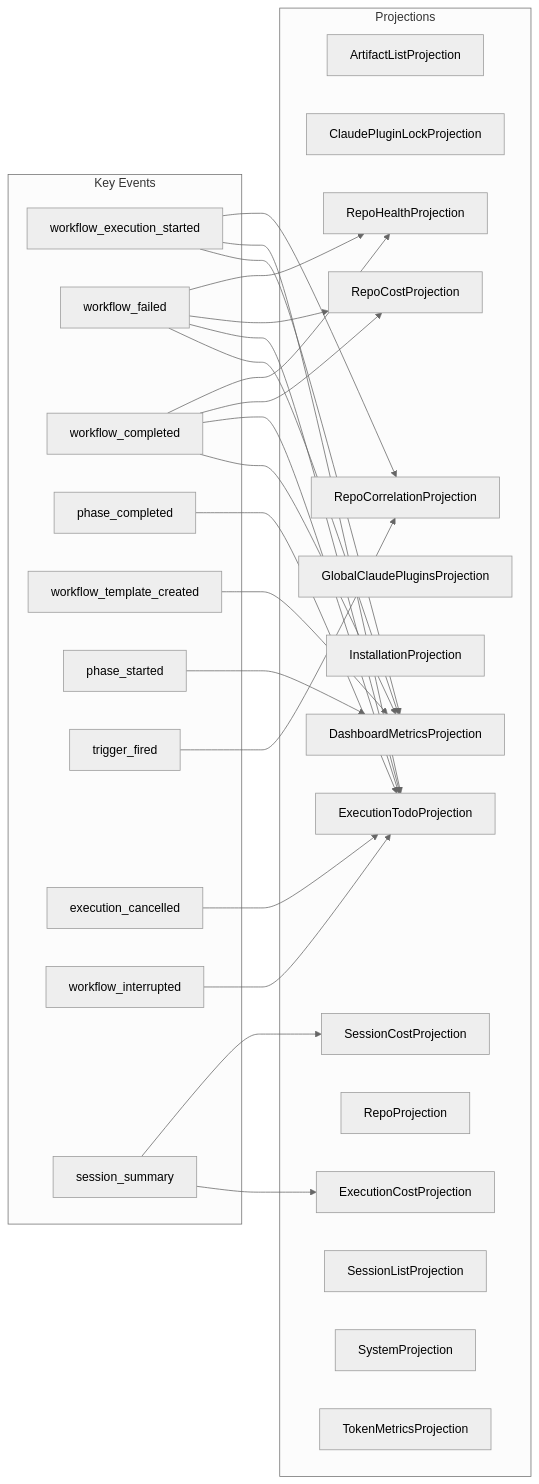
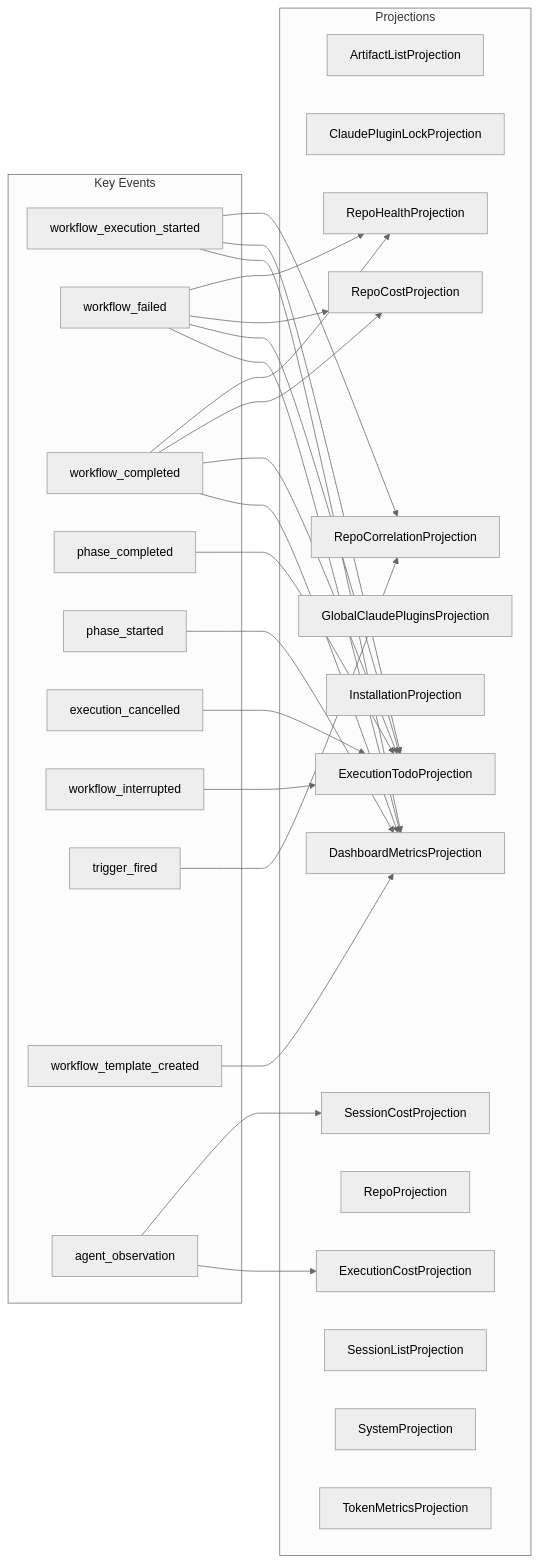
One commit to syntropic137/syntropic137 changed the diagram in docs/architecture/projection-subscriptions.md. Above: the diagram before and after it, drawn with Mermaid (neutral theme). The commit also changed other lines of this file and 1 other file, not shown here.

Commit message:
docs: regenerate architecture docs (row-order shift from codex-bridge modules)
Claude-Session: https://claude.ai/code/session_019TtekhJft4s2qBGRGgxToG

````diff
--- a/docs/architecture/projection-subscriptions.md
+++ b/docs/architecture/projection-subscriptions.md
@@ -15,53 +15,53 @@
 ```mermaid
 graph LR
     subgraph events["Key Events"]
         e1[workflow_execution_started]
         e2[workflow_failed]
         e3[workflow_completed]
         e4[phase_completed]
-        e5[workflow_template_created]
-        e6[phase_started]
-        e7[trigger_fired]
-        e8[execution_cancelled]
-        e9[workflow_interrupted]
-        e10[session_summary]
+        e5[phase_started]
+        e6[execution_cancelled]
+        e7[workflow_interrupted]
+        e8[trigger_fired]
+        e9[workflow_template_created]
+        e10[agent_observation]
     end
 
     subgraph projections["Projections"]
         p1[ArtifactListProjection]
         p2[ClaudePluginLockProjection]
         p3[DashboardMetricsProjection]
         p4[ExecutionCostProjection]
         p5[ExecutionTodoProjection]
         p6[GlobalClaudePluginsProjection]
         p7[InstallationProjection]
         p8[RepoCorrelationProjection]
         p9[RepoCostProjection]
         p10[RepoHealthProjection]
         p11[RepoProjection]
         p12[SessionCostProjection]
         p13[SessionListProjection]
         p14[SystemProjection]
         p15[TokenMetricsProjection]
     end
 
     e2 --> p10
     e2 --> p9
     e2 --> p5
     e2 --> p3
     e4 --> p5
-    e10 --> p12
-    e10 --> p4
     e1 --> p8
     e1 --> p5
     e1 --> p3
     e5 --> p3
-    e6 --> p3
-    e7 --> p8
-    e8 --> p5
-    e9 --> p5
     e3 --> p10
     e3 --> p9
     e3 --> p5
     e3 --> p3
+    e10 --> p12
+    e10 --> p4
+    e6 --> p5
+    e7 --> p5
+    e8 --> p8
+    e9 --> p3
 ```
````
